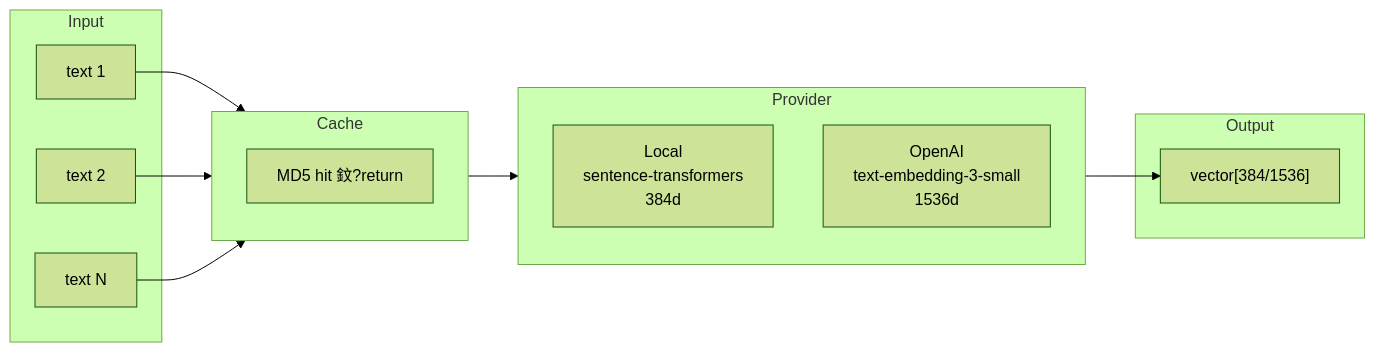
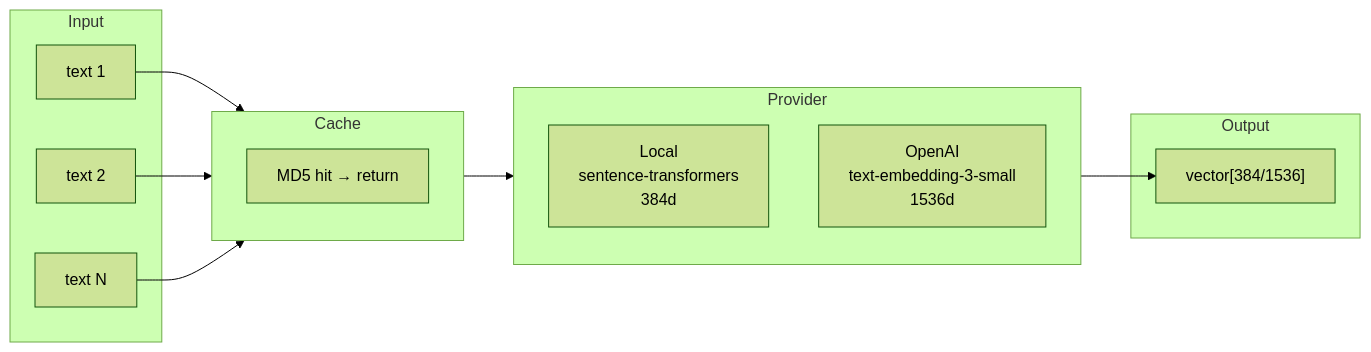
One commit to Thezx-a/LumenDB changed the diagram in deepvector/course/ch05_embedding/05_嵌入服务_en.md. Above: the diagram before and after it, drawn with Mermaid (forest theme). The commit also changed other lines of this file and 91 other files, not shown here.

````diff
--- a/deepvector/course/ch05_embedding/05_嵌入服务_en.md
+++ b/deepvector/course/ch05_embedding/05_嵌入服务_en.md
@@ -21,23 +21,23 @@
 ```mermaid
 flowchart LR
     subgraph Input
         T1["text 1"]
         T2["text 2"]
         TN["text N"]
     end
     subgraph Cache
-        CK["MD5 hit 鈫?return"]
+        CK["MD5 hit → return"]
     end
     subgraph Provider
         L["Local<br/>sentence-transformers<br/>384d"]
         O["OpenAI<br/>text-embedding-3-small<br/>1536d"]
     end
     subgraph Output
         V1["vector[384/1536]"]
     end
     T1 --> Cache
     T2 --> Cache
     TN --> Cache
     Cache --> Provider
     Provider --> V1
 ```
````
